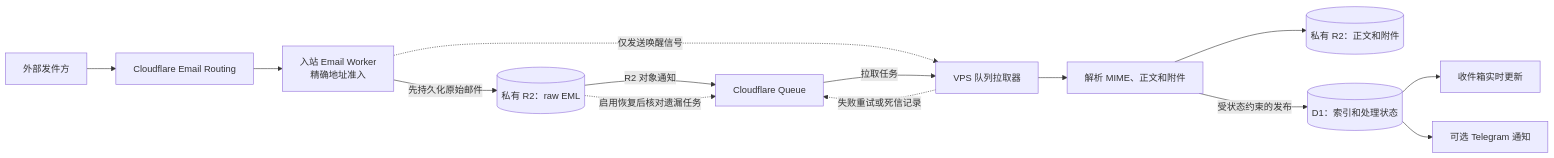
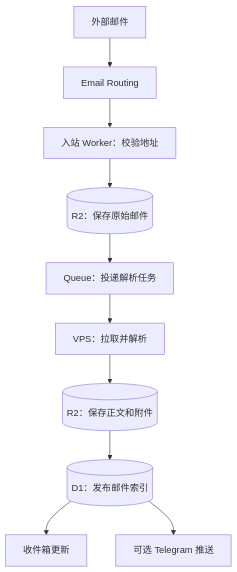
Before and after one commit to ayingQAQ/Wenying-mail: the first of 2 diagrams in README.md, drawn with Mermaid. The commit also changed other lines of this file, not shown here.

Commit message:
docs: enlarge architecture diagrams

````diff
--- a/README.md
+++ b/README.md
@@ -22,16 +22,12 @@
 ```mermaid
-flowchart LR
-    A[外部发件方] --> B[Cloudflare Email Routing]
-    B --> C[入站 Email Worker<br/>精确地址准入]
-    C -->|先持久化原始邮件| R[(私有 R2：raw EML)]
-    R -->|R2 对象通知| Q[Cloudflare Queue]
-    C -.->|仅发送唤醒信号| V[VPS 队列拉取器]
-    Q -->|拉取任务| V
-    V --> P[解析 MIME、正文和附件]
-    P --> D[(私有 R2：正文和附件)]
-    P -->|受状态约束的发布| S[(D1：索引和处理状态)]
-    S --> U[收件箱实时更新]
-    S --> T[可选 Telegram 通知]
-    V -.->|失败重试或死信记录| Q
-    R -.->|启用恢复后核对遗漏任务| Q
+flowchart TB
+    A[外部邮件] --> B[Email Routing]
+    B --> C[入站 Worker：校验地址]
+    C --> R[(R2：保存原始邮件)]
+    R --> Q[Queue：投递解析任务]
+    Q --> V[VPS：拉取并解析]
+    V --> D[(R2：保存正文和附件)]
+    D --> S[(D1：发布邮件索引)]
+    S --> U[收件箱更新]
+    S --> T[可选 Telegram 推送]
 ```
````
